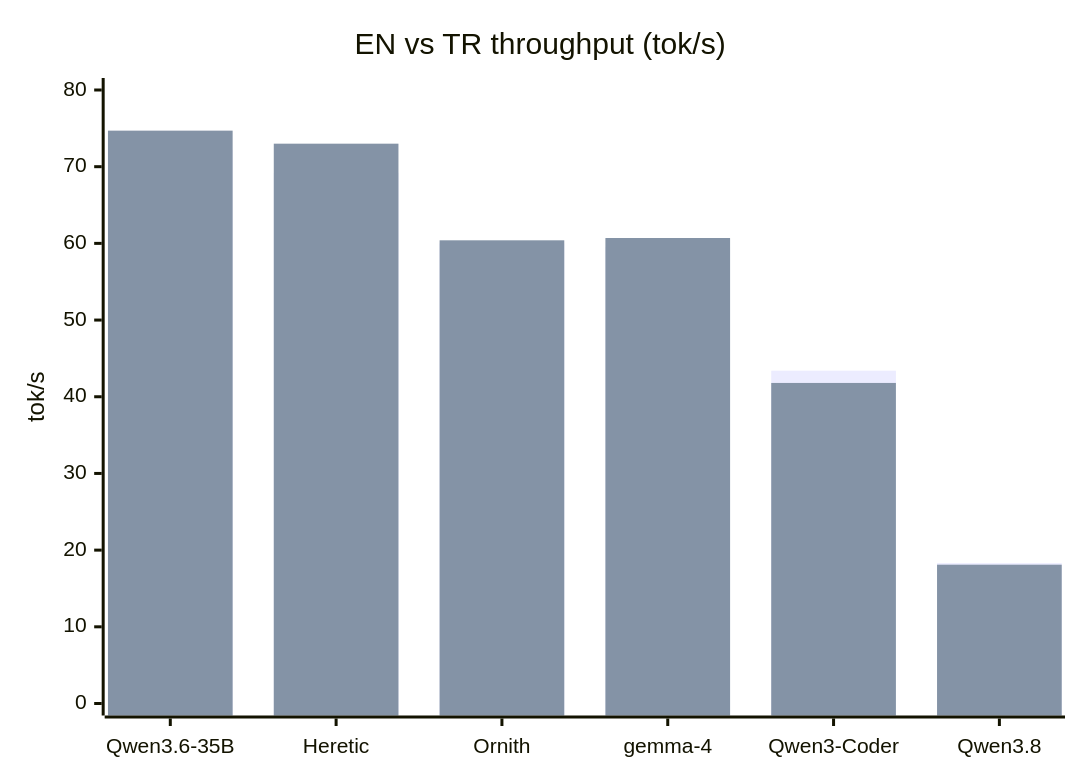
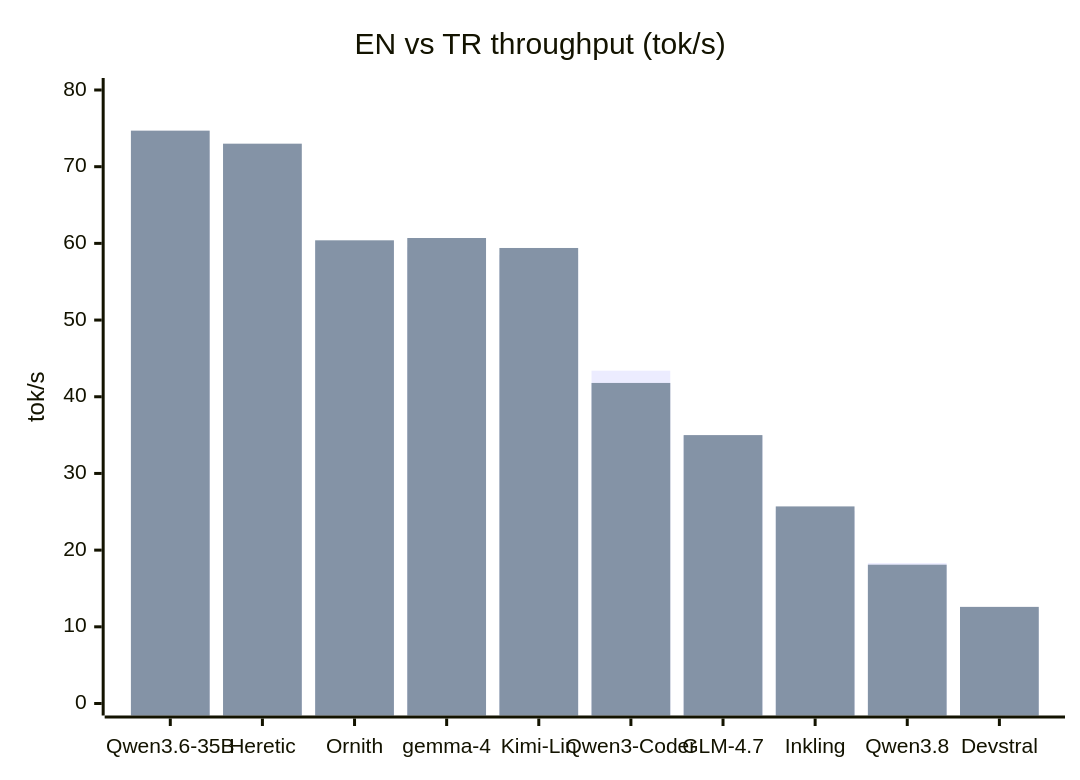
One commit to mahirfatih/omlx-m1-max-benchmark changed the second of 2 diagrams in docs/reference/RESULTS.md. Above: the diagram before and after it, drawn with Mermaid. The commit also changed other lines of this file and 56 other files, not shown here.

````diff
--- a/docs/reference/RESULTS.md
+++ b/docs/reference/RESULTS.md
@@ -43,8 +52,8 @@
 ```mermaid
 xychart-beta
     title "EN vs TR throughput (tok/s)"
-    x-axis ["Qwen3.6-35B", "Heretic", "Ornith", "gemma-4", "Qwen3-Coder", "Qwen3.8"]
+    x-axis ["Qwen3.6-35B", "Heretic", "Ornith", "gemma-4", "Kimi-Lin", "Qwen3-Coder", "GLM-4.7", "Inkling", "Qwen3.8", "Devstral"]
     y-axis "tok/s" 0 --> 80
-    bar [72.2, 69.2, 60.0, 59.5, 43.4, 18.3]
-    bar [74.7, 73.0, 60.4, 60.7, 41.8, 18.1]
+    bar [72.2, 69.2, 60.0, 59.5, 58.5, 43.4, 34.9, 25.1, 18.3, 12.3]
+    bar [74.7, 73.0, 60.4, 60.7, 59.4, 41.8, 35.0, 25.7, 18.1, 12.6]
 ```
````
